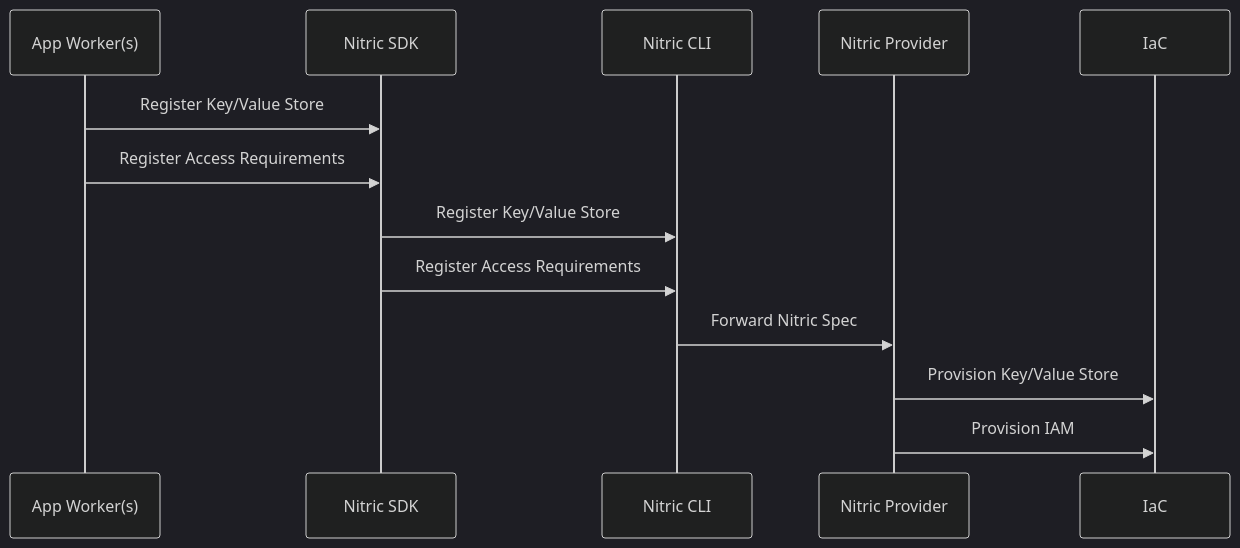
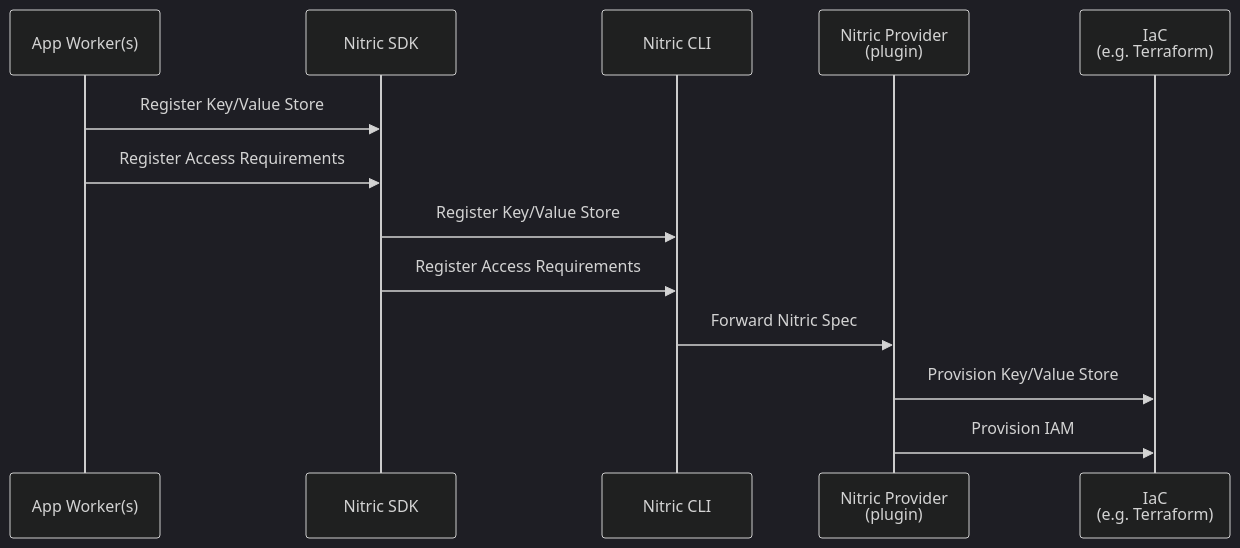
Before and after one commit to nitrictech/docs: the third of 4 diagrams in docs/architecture/keyvalue.mdx, drawn with Mermaid (dark theme). The commit also changed other lines of this file and 4 other files, not shown here.

Commit message:
update async messaging sequences

````diff
--- a/docs/architecture/keyvalue.mdx
+++ b/docs/architecture/keyvalue.mdx
@@ -77,17 +77,17 @@
 ```mermaid
 sequenceDiagram
     participant Worker as App Worker(s)
     participant SDK as Nitric SDK
     participant Nitric as Nitric CLI
-    participant Provider as Nitric Provider
-    participant IAC as IaC
+    participant Provider as Nitric Provider <br> (plugin)
+    participant IAC as IaC <br> (e.g. Terraform)
 
     Worker->>SDK: Register Key/Value Store
     Worker->>SDK: Register Access Requirements
     SDK->>Nitric: Register Key/Value Store
     SDK->>Nitric: Register Access Requirements
 
     Nitric->>Provider: Forward Nitric Spec
     Provider->>IAC: Provision Key/Value Store
     Provider->>IAC: Provision IAM
 ```
````
